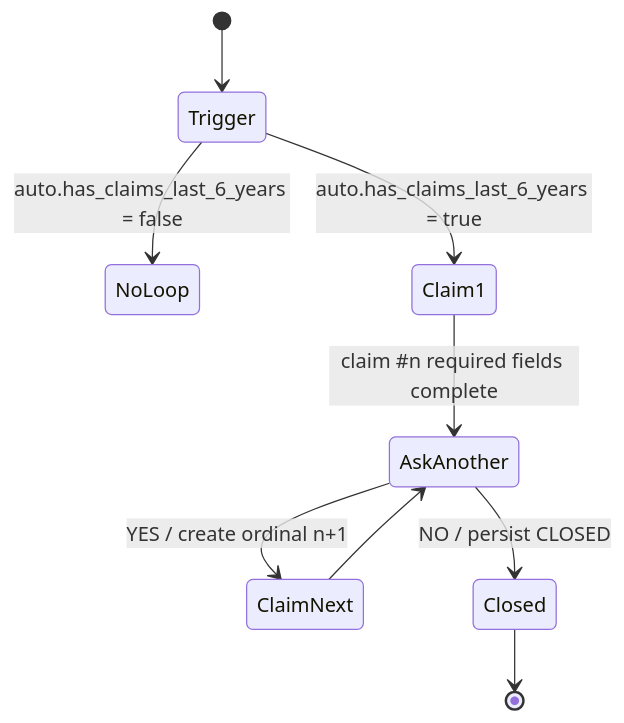
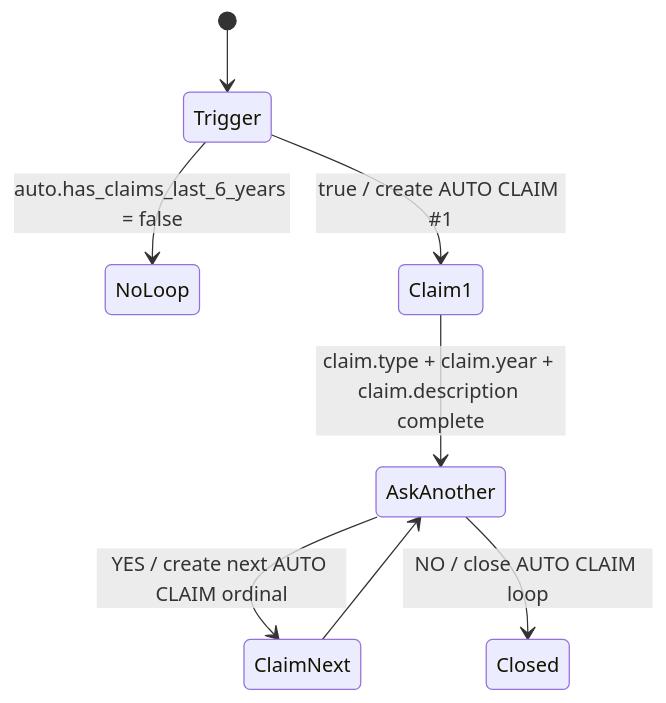
One commit to MedFirasBenAmor/NOVA changed the first of 3 diagrams in docs/recovery/r4-repeatable-entity-lifecycle.md. Above: the diagram before and after it, drawn with Mermaid. The commit also changed other lines of this file and 7 other files, not shown here.

````diff
--- a/docs/recovery/r4-repeatable-entity-lifecycle.md
+++ b/docs/recovery/r4-repeatable-entity-lifecycle.md
@@ -55,11 +42,10 @@
 ```mermaid
 stateDiagram-v2
   [*] --> Trigger
   Trigger --> NoLoop: auto.has_claims_last_6_years = false
-  Trigger --> Claim1: auto.has_claims_last_6_years = true
-  Claim1 --> AskAnother: claim #n required fields complete
-  AskAnother --> ClaimNext: YES / create ordinal n+1
+  Trigger --> Claim1: true / create AUTO CLAIM #1
+  Claim1 --> AskAnother: claim.type + claim.year + claim.description complete
+  AskAnother --> ClaimNext: YES / create next AUTO CLAIM ordinal
   ClaimNext --> AskAnother
-  AskAnother --> Closed: NO / persist CLOSED
-  Closed --> [*]
+  AskAnother --> Closed: NO / close AUTO CLAIM loop
 ```
````
